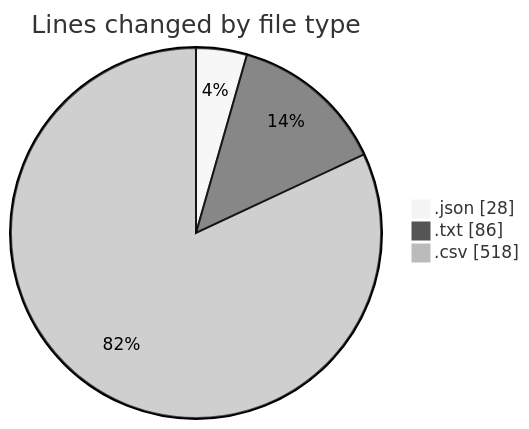
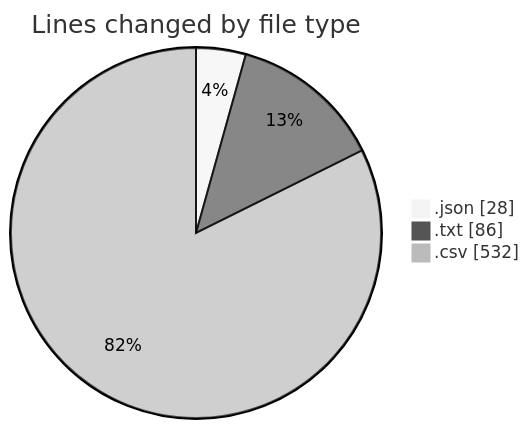
The first of 2 diagrams in 2025-07-27/refunds/README.md (EIIisD/code-tracking), drawn with Mermaid (neutral theme) before and after one commit. The commit also changed other lines of this file and 1 other file, not shown here.

````diff
--- a/2025-07-27/refunds/README.md
+++ b/2025-07-27/refunds/README.md
@@ -23,7 +23,7 @@
 ```mermaid
 pie showData
 title Lines changed by file type
 ".json" : 28
 ".txt" : 86
-".csv" : 518
+".csv" : 532
 ```
````
